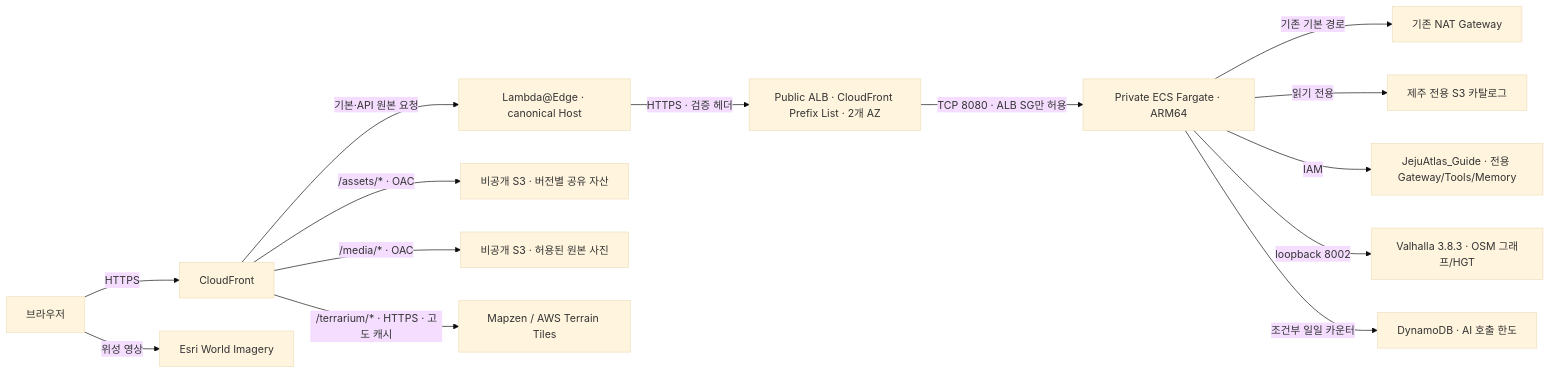
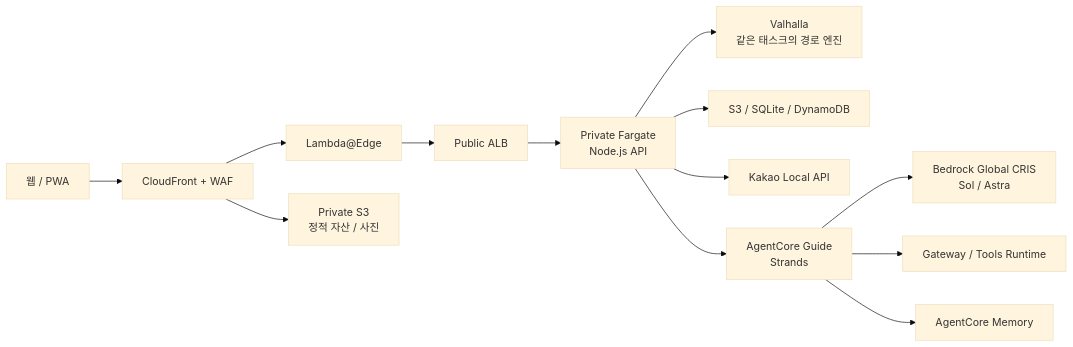
Before and after one commit to whchoi98/jeju-atlas: the diagram in README.md, drawn with Mermaid (base theme). The commit also changed other lines of this file and 106 other files, not shown here.

````diff
--- a/README.md
+++ b/README.md
@@ -141,16 +46,15 @@
 ```mermaid
 flowchart LR
-    Browser["브라우저"] -->|HTTPS| CF["CloudFront"]
-    CF -->|"기본·API 원본 요청"| Host["Lambda@Edge · canonical Host"]
-    Host -->|"HTTPS · 검증 헤더"| ALB["Public ALB · CloudFront Prefix List · 2개 AZ"]
-    ALB -->|TCP 8080 · ALB SG만 허용| ECS["Private ECS Fargate · ARM64"]
-    CF -->|"/assets/* · OAC"| Assets["비공개 S3 · 버전별 공유 자산"]
-    CF -->|"/media/* · OAC"| Media["비공개 S3 · 허용된 원본 사진"]
-    ECS -->|기존 기본 경로| NAT["기존 NAT Gateway"]
-    ECS -->|읽기 전용| Catalog["제주 전용 S3 카탈로그"]
-    ECS -->|IAM| Agent["JejuAtlas_Guide · 전용 Gateway/Tools/Memory"]
-    ECS -->|loopback 8002| Router["Valhalla 3.8.3 · OSM 그래프/HGT"]
-    ECS -->|조건부 일일 카운터| Quota["DynamoDB · AI 호출 한도"]
-    CF -->|"/terrarium/* · HTTPS · 고도 캐시"| DEM["Mapzen / AWS Terrain Tiles"]
-    Browser -->|위성 영상| Esri["Esri World Imagery"]
+    User["웹 / PWA"] --> Edge["CloudFront + WAF"]
+    Edge --> Host["Lambda@Edge"]
+    Host --> ALB["Public ALB"]
+    ALB --> App["Private Fargate<br/>Node.js API"]
+    Edge --> Static["Private S3<br/>정적 자산 / 사진"]
+    App --> Router["Valhalla<br/>같은 태스크의 경로 엔진"]
+    App --> Data["S3 / SQLite / DynamoDB"]
+    App --> Kakao["Kakao Local API"]
+    App --> Guide["AgentCore Guide<br/>Strands"]
+    Guide --> Models["Bedrock Global CRIS<br/>Sol / Astra"]
+    Guide --> Tools["Gateway / Tools Runtime"]
+    Guide --> Memory["AgentCore Memory"]
 ```
````
